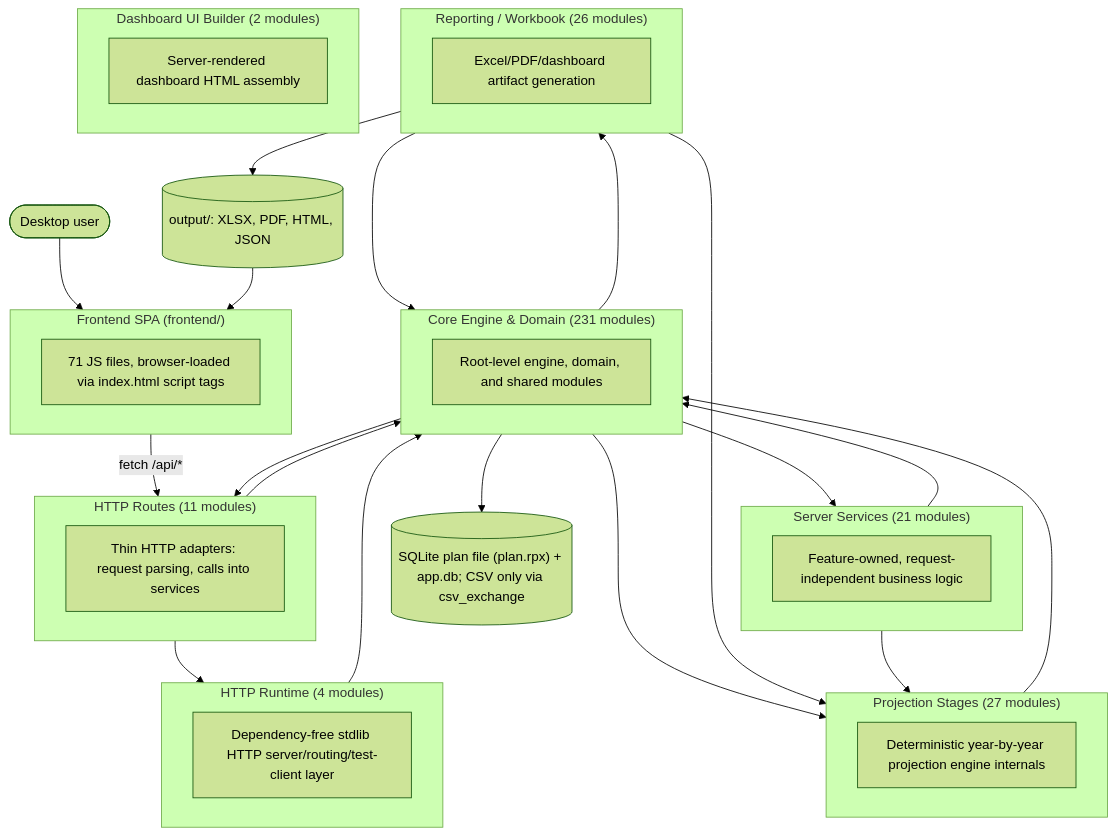
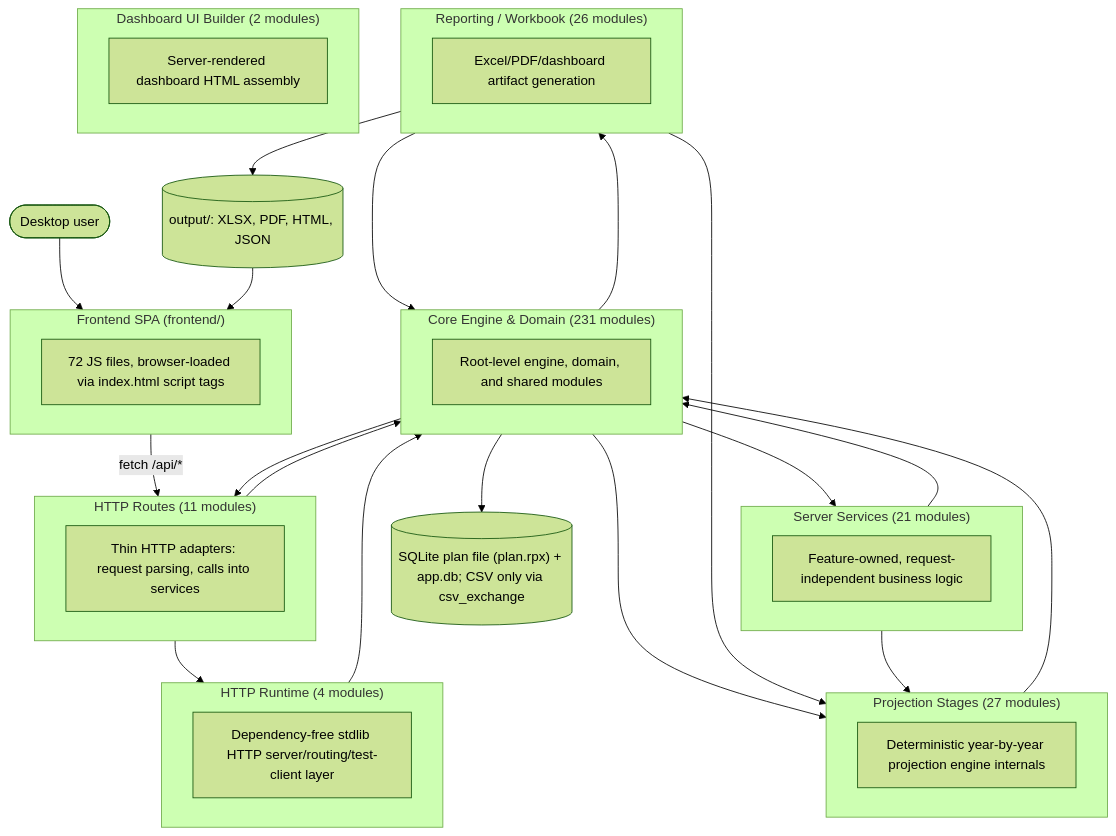
Before and after one commit to matthartzman/retirement_system: the first of 2 diagrams in documentation/reference/SYSTEM_ARCHITECTURE_DIAGRAM.md, drawn with Mermaid (forest theme). The commit also changed other lines of this file and 27 other files, not shown here.

````diff
--- a/documentation/reference/SYSTEM_ARCHITECTURE_DIAGRAM.md
+++ b/documentation/reference/SYSTEM_ARCHITECTURE_DIAGRAM.md
@@ -11,44 +11,44 @@
 ```mermaid
 flowchart TB
     User(["Desktop user"]) --> FE
     subgraph FE["Frontend SPA (frontend/)"]
-        FEcount["71 JS files, browser-loaded via index.html script tags"]
+        FEcount["72 JS files, browser-loaded via index.html script tags"]
     end
     FE -->|fetch /api/*| L_HTTP_Routes
     subgraph L_HTTP_Routes["HTTP Routes (11 modules)"]
         L_HTTP_Routes_d["Thin HTTP adapters: request parsing, calls into services"]
     end
     subgraph L_Server_Services["Server Services (21 modules)"]
         L_Server_Services_d["Feature-owned, request-independent business logic"]
     end
     subgraph L_HTTP_Runtime["HTTP Runtime (4 modules)"]
         L_HTTP_Runtime_d["Dependency-free stdlib HTTP server/routing/test-client layer"]
     end
     subgraph L_Core_Engine___Domain["Core Engine & Domain (231 modules)"]
         L_Core_Engine___Domain_d["Root-level engine, domain, and shared modules"]
     end
     subgraph L_Projection_Stages["Projection Stages (27 modules)"]
         L_Projection_Stages_d["Deterministic year-by-year projection engine internals"]
     end
     subgraph L_Reporting___Workbook["Reporting / Workbook (26 modules)"]
         L_Reporting___Workbook_d["Excel/PDF/dashboard artifact generation"]
     end
     subgraph L_Dashboard_UI_Builder["Dashboard UI Builder (2 modules)"]
         L_Dashboard_UI_Builder_d["Server-rendered dashboard HTML assembly"]
     end
     L_Core_Engine___Domain --> L_HTTP_Routes
     L_Core_Engine___Domain --> L_Projection_Stages
     L_Core_Engine___Domain --> L_Reporting___Workbook
     L_Core_Engine___Domain --> L_Server_Services
     L_HTTP_Routes --> L_Core_Engine___Domain
     L_HTTP_Routes --> L_HTTP_Runtime
     L_HTTP_Runtime --> L_Core_Engine___Domain
     L_Projection_Stages --> L_Core_Engine___Domain
     L_Reporting___Workbook --> L_Core_Engine___Domain
     L_Reporting___Workbook --> L_Projection_Stages
     L_Server_Services --> L_Core_Engine___Domain
     L_Server_Services --> L_Projection_Stages
     L_Core_Engine___Domain --> DB[("SQLite plan file (plan.rpx) + app.db; CSV only via csv_exchange")]
     L_Reporting___Workbook --> Outputs[("output/: XLSX, PDF, HTML, JSON")]
     Outputs --> FE
 ```
````
